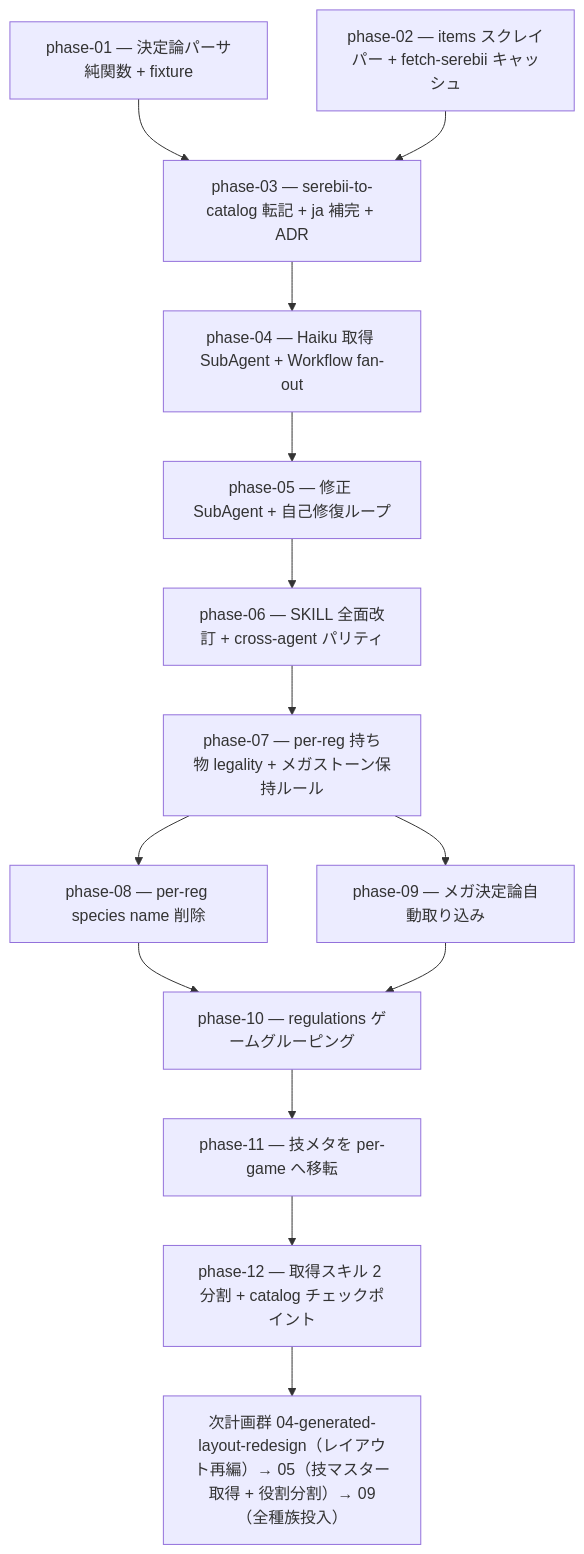
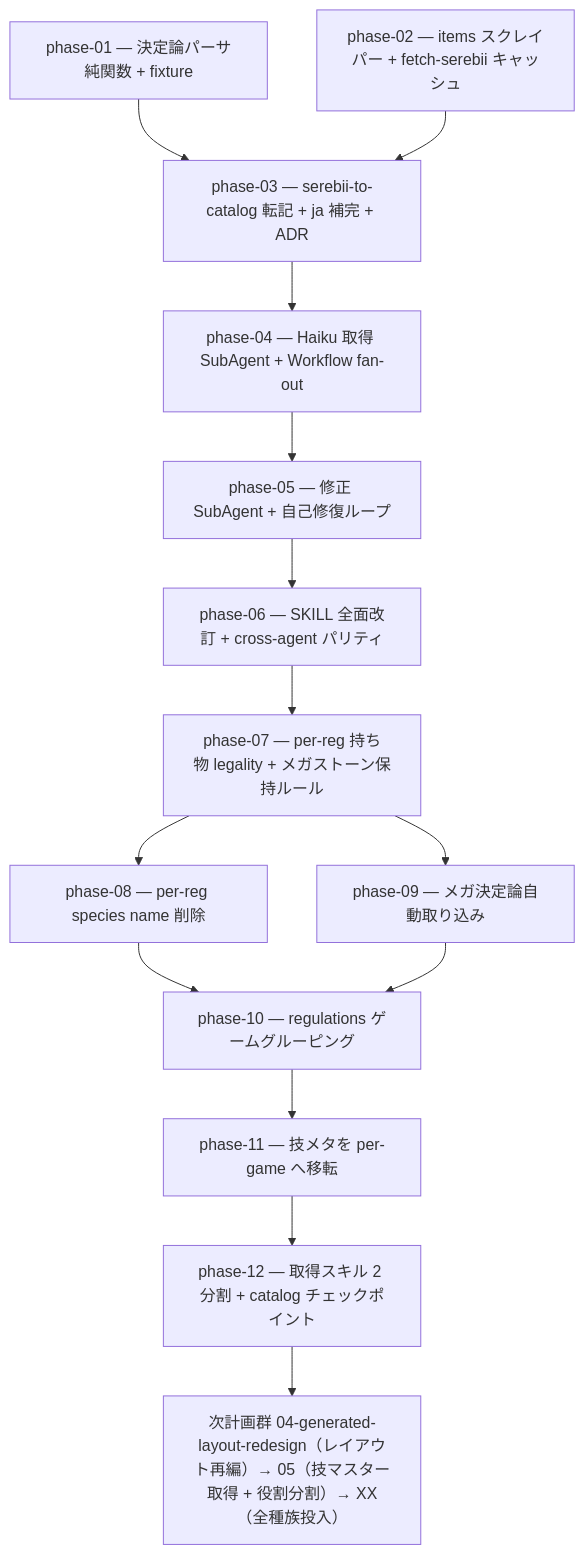
One commit to subroh0508/pokeform changed the diagram in docs/plan/03-survey-regulation-rework/README.md. Above: the diagram before and after it, drawn with Mermaid. The commit also changed other lines of this file and 44 other files, not shown here.

````diff
--- a/docs/plan/03-survey-regulation-rework/README.md
+++ b/docs/plan/03-survey-regulation-rework/README.md
@@ -23,16 +23,16 @@
 ```mermaid
 flowchart TD
     P1[phase-01 — 決定論パーサ純関数 + fixture] --> P3[phase-03 — serebii-to-catalog 転記 + ja 補完 + ADR]
     P2[phase-02 — items スクレイパー + fetch-serebii キャッシュ] --> P3
     P3 --> P4[phase-04 — Haiku 取得 SubAgent + Workflow fan-out]
     P4 --> P5[phase-05 — 修正 SubAgent + 自己修復ループ]
     P5 --> P6[phase-06 — SKILL 全面改訂 + cross-agent パリティ]
     P6 --> P7[phase-07 — per-reg 持ち物 legality + メガストーン保持ルール]
     P7 --> P8[phase-08 — per-reg species name 削除]
     P7 --> P9[phase-09 — メガ決定論自動取り込み]
     P8 --> P10[phase-10 — regulations ゲームグルーピング]
     P9 --> P10
     P10 --> P11[phase-11 — 技メタを per-game へ移転]
     P11 --> P12[phase-12 — 取得スキル 2 分割 + catalog チェックポイント]
-    P12 --> PLAN04[次計画群 04-generated-layout-redesign（レイアウト再編）→ 05（技マスター取得 + 役割分割）→ 09（全種族投入）]
+    P12 --> PLAN04[次計画群 04-generated-layout-redesign（レイアウト再編）→ 05（技マスター取得 + 役割分割）→ XX（全種族投入）]
 ```
````
